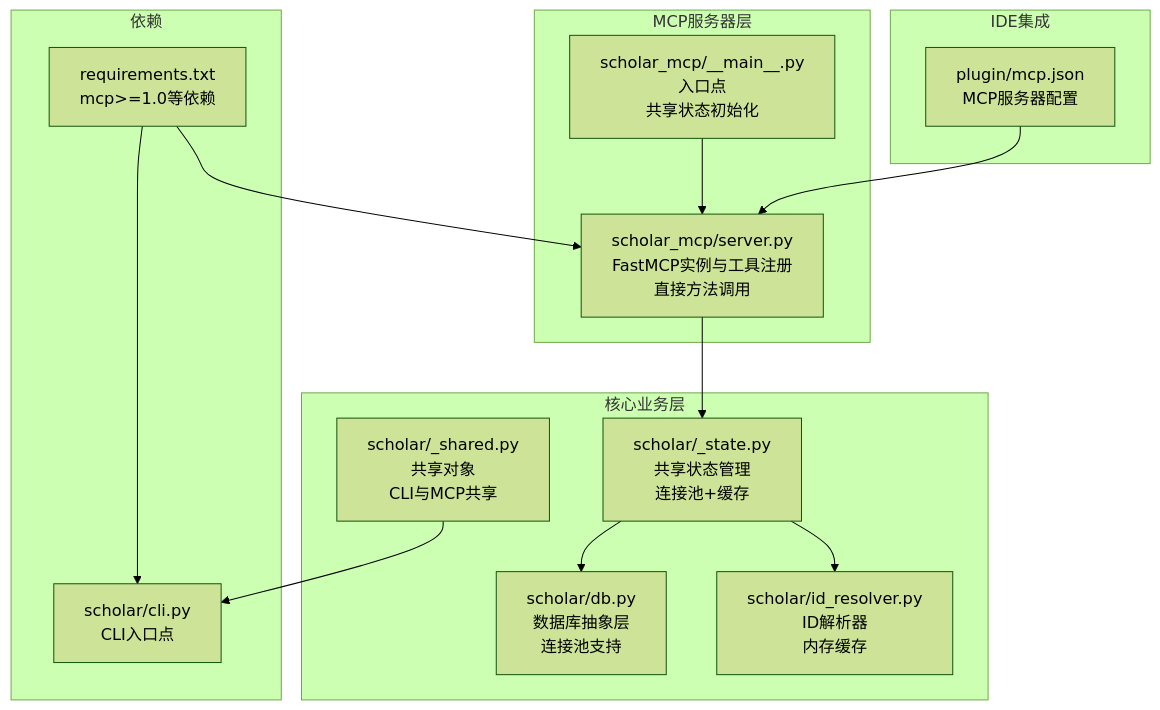
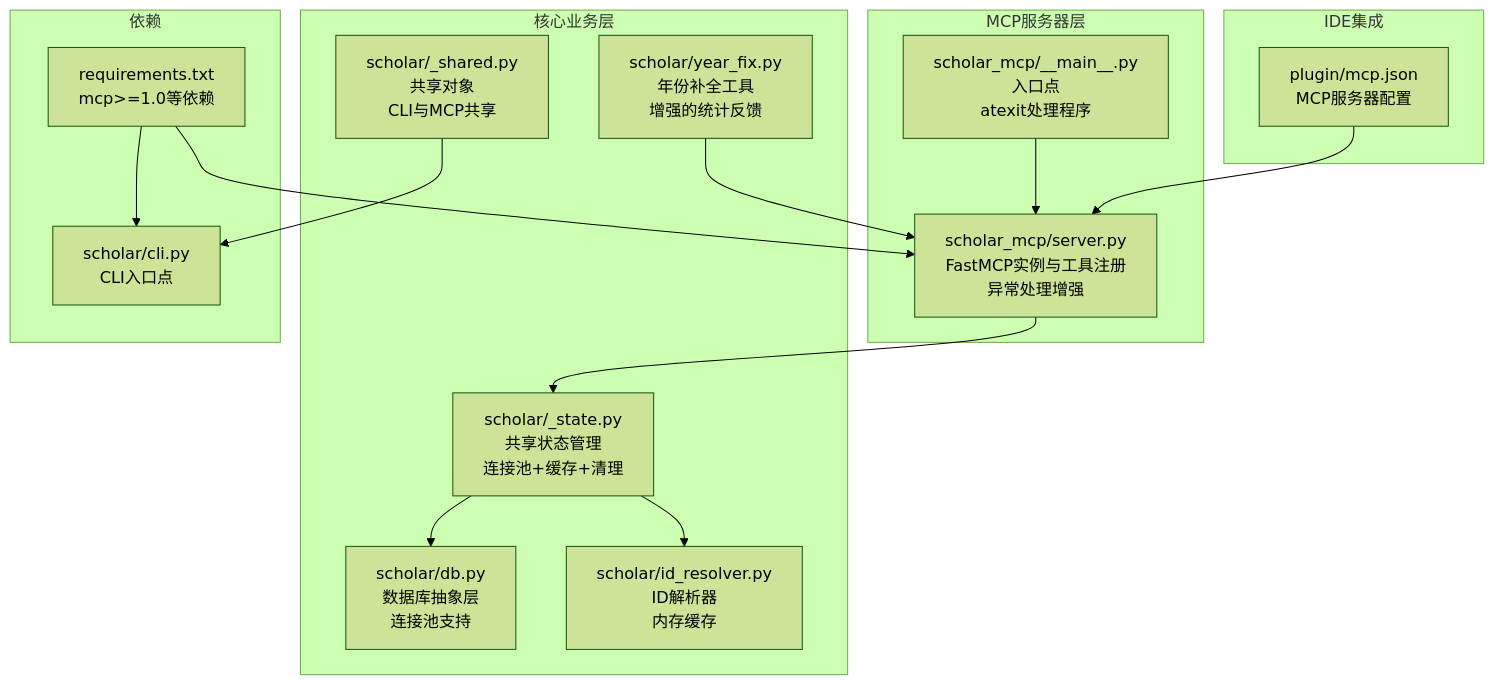
Before and after one commit to 1173591564/academic-based-qoder: the first of 8 diagrams in .qoder/repowiki/zh/content/MCP服务系统/MCP服务器架构.md, drawn with Mermaid (forest theme). The commit also changed other lines of this file and 81 other files, not shown here.

````diff
--- a/.qoder/repowiki/zh/content/MCP服务系统/MCP服务器架构.md
+++ b/.qoder/repowiki/zh/content/MCP服务系统/MCP服务器架构.md
@@ -51,28 +52,30 @@
 ```mermaid
 graph TB
 subgraph "MCP服务器层"
-A["scholar_mcp/server.py<br/>FastMCP实例与工具注册<br/>直接方法调用"]
-B["scholar_mcp/__main__.py<br/>入口点<br/>共享状态初始化"]
+A["scholar_mcp/server.py<br/>FastMCP实例与工具注册<br/>异常处理增强"]
+B["scholar_mcp/__main__.py<br/>入口点<br/>atexit处理程序"]
 end
 subgraph "核心业务层"
-C["scholar/_state.py<br/>共享状态管理<br/>连接池+缓存"]
+C["scholar/_state.py<br/>共享状态管理<br/>连接池+缓存+清理"]
 D["scholar/db.py<br/>数据库抽象层<br/>连接池支持"]
 E["scholar/id_resolver.py<br/>ID解析器<br/>内存缓存"]
 F["scholar/_shared.py<br/>共享对象<br/>CLI与MCP共享"]
+G["scholar/year_fix.py<br/>年份补全工具<br/>增强的统计反馈"]
 end
 subgraph "IDE集成"
-G["plugin/mcp.json<br/>MCP服务器配置"]
+H["plugin/mcp.json<br/>MCP服务器配置"]
 end
 subgraph "依赖"
-H["requirements.txt<br/>mcp>=1.0等依赖"]
-I["scholar/cli.py<br/>CLI入口点"]
+I["requirements.txt<br/>mcp>=1.0等依赖"]
+J["scholar/cli.py<br/>CLI入口点"]
 end
 A --> C
 B --> A
 C --> D
 C --> E
-F --> I
+F --> J
 G --> A
 H --> A
-H --> I
+I --> A
+I --> J
 ```
````
